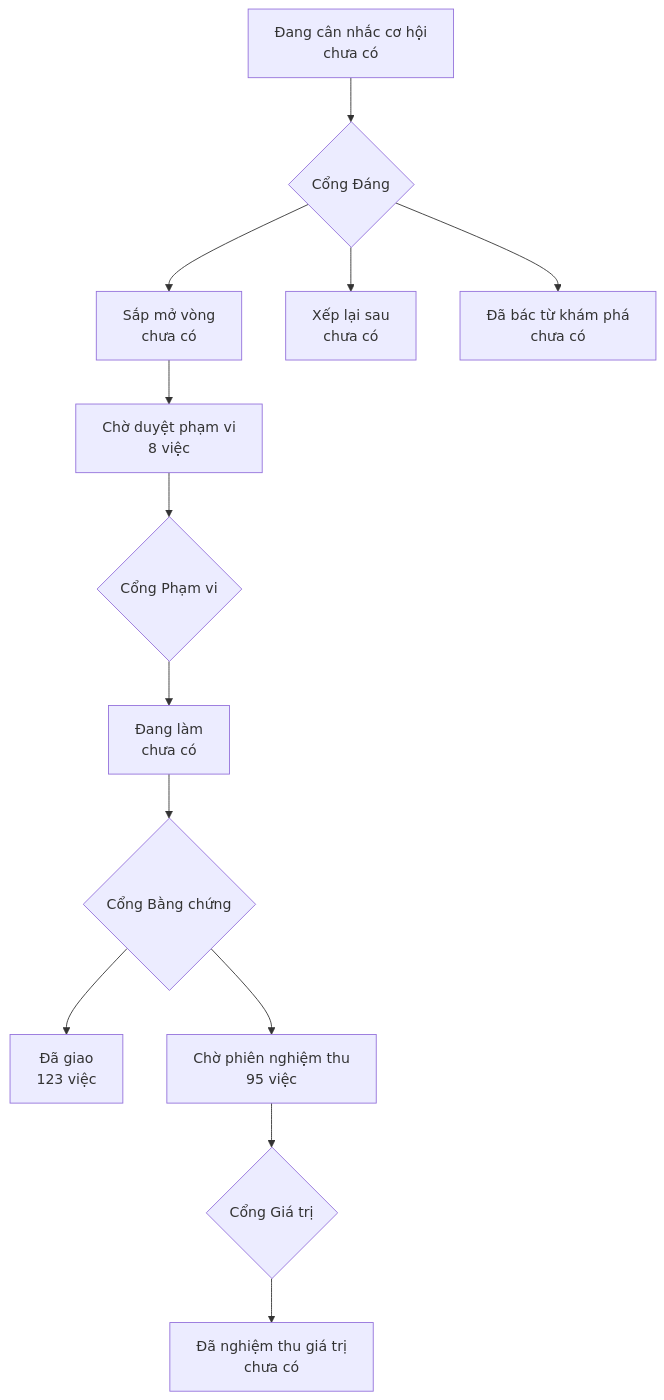
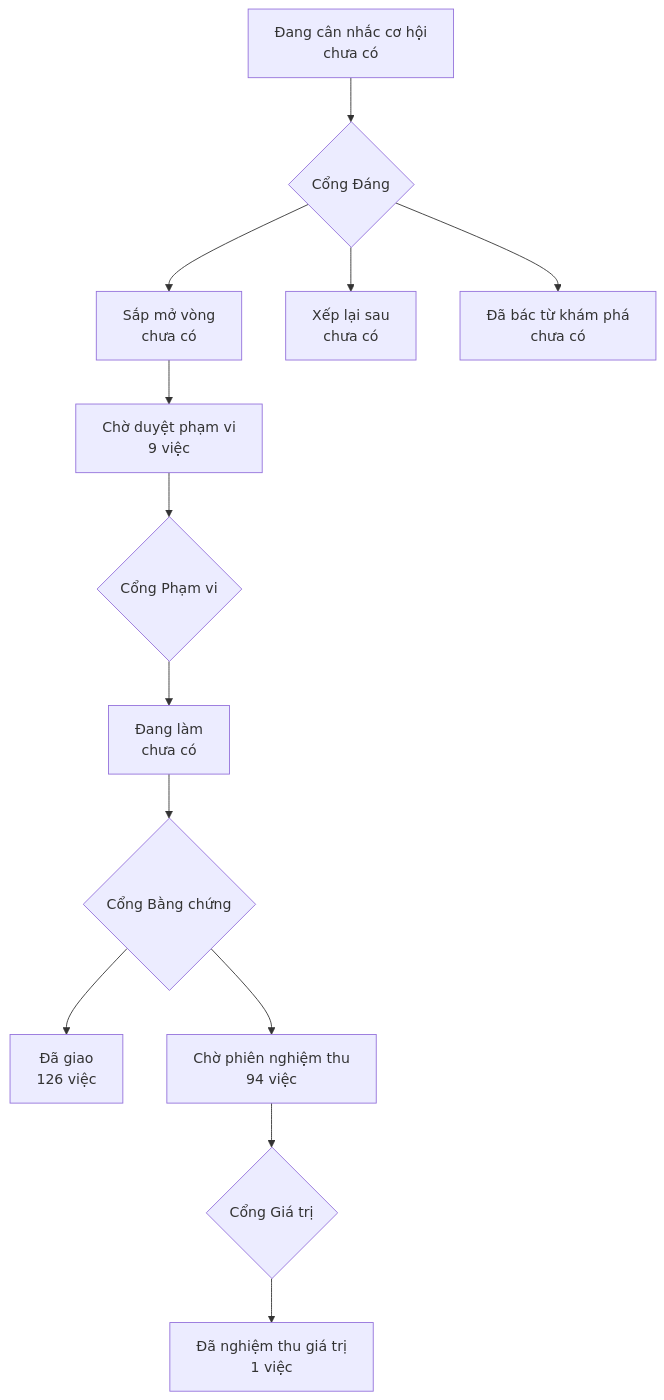
One commit to phanlemanh/onehub-invest changed the diagram in PRODUCT-MAP.md. Above: the diagram before and after it, drawn with Mermaid. The commit also changed other lines of this file and 1 other file, not shown here.

````diff
--- a/PRODUCT-MAP.md
+++ b/PRODUCT-MAP.md
@@ -7,12 +7,12 @@
 ```mermaid
 flowchart TD
   A["Đang cân nhắc cơ hội<br/>chưa có"] --> GD{"Cổng Đáng"}
   GD --> B["Sắp mở vòng<br/>chưa có"]
   GD --> XL["Xếp lại sau<br/>chưa có"]
   GD --> DB["Đã bác từ khám phá<br/>chưa có"]
-  B --> CD["Chờ duyệt phạm vi<br/>8 việc"] --> GP{"Cổng Phạm vi"}
+  B --> CD["Chờ duyệt phạm vi<br/>9 việc"] --> GP{"Cổng Phạm vi"}
   GP --> DL["Đang làm<br/>chưa có"] --> GB{"Cổng Bằng chứng"}
-  GB --> DG["Đã giao<br/>123 việc"]
-  GB --> CN["Chờ phiên nghiệm thu<br/>95 việc"] --> GG{"Cổng Giá trị"}
-  GG --> NT["Đã nghiệm thu giá trị<br/>chưa có"]
+  GB --> DG["Đã giao<br/>126 việc"]
+  GB --> CN["Chờ phiên nghiệm thu<br/>94 việc"] --> GG{"Cổng Giá trị"}
+  GG --> NT["Đã nghiệm thu giá trị<br/>1 việc"]
 ```
````
